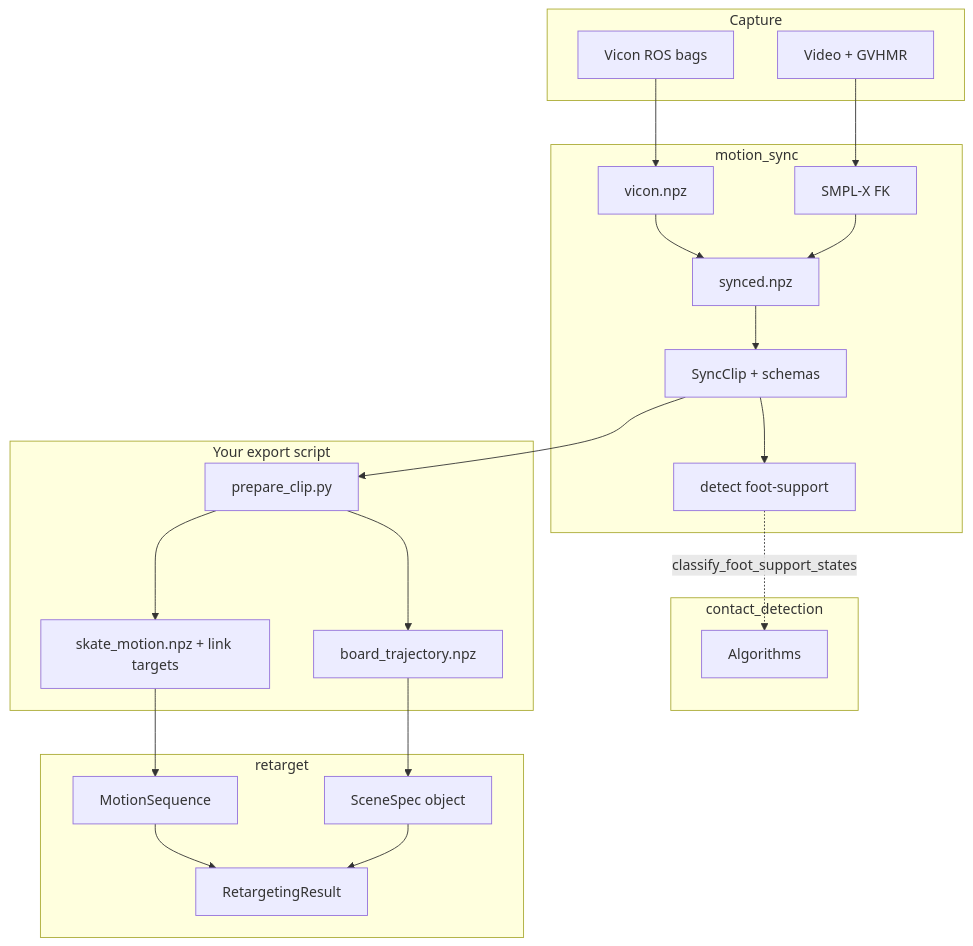
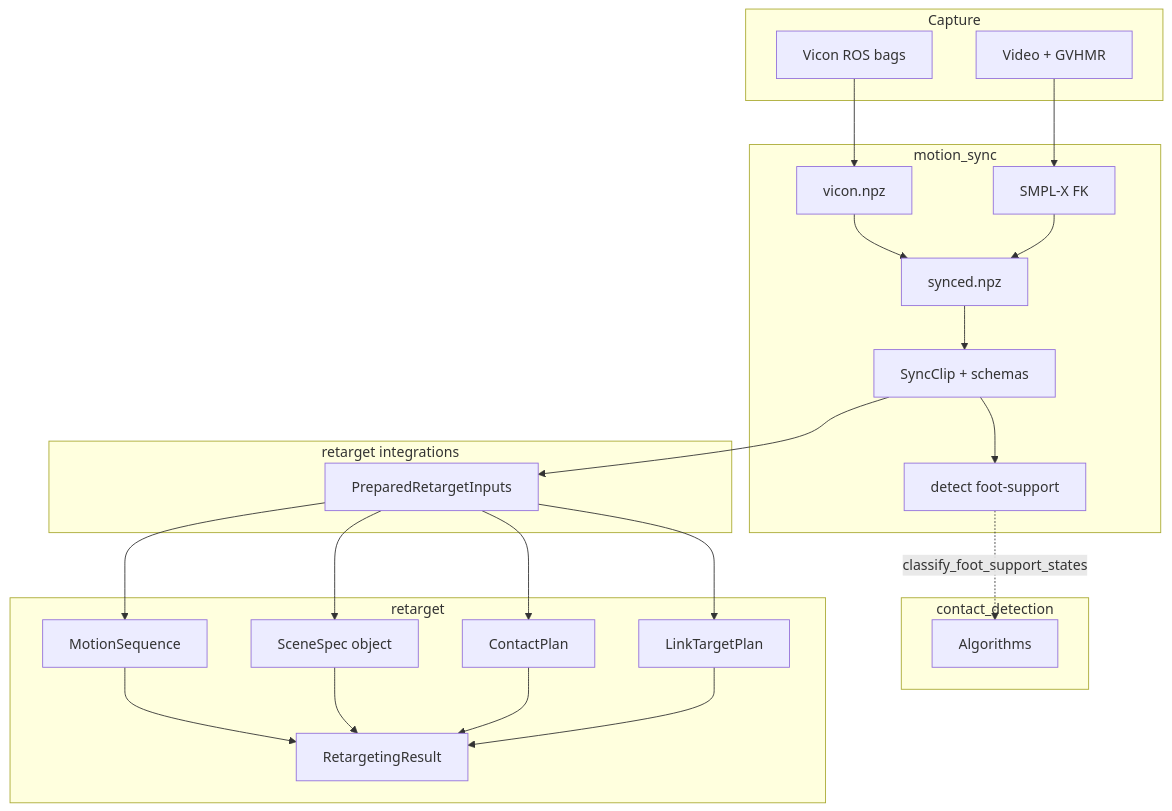
One commit to ryanrudes/retarget changed the diagram in docs/ecosystem/index.md. Above: the diagram before and after it, drawn with Mermaid. The commit also changed other lines of this file and 9 other files, not shown here.

````diff
--- a/docs/ecosystem/index.md
+++ b/docs/ecosystem/index.md
@@ -14,29 +14,31 @@
 ```mermaid
 flowchart TB
   subgraph capture [Capture]
     bags[Vicon ROS bags]
     video[Video + GVHMR]
   end
   subgraph ms [motion_sync]
     bags --> vicon[vicon.npz]
     video --> fkin[SMPL-X FK]
     vicon --> sync[synced.npz]
     fkin --> sync
     sync --> clip[SyncClip + schemas]
     clip --> detect[detect foot-support]
   end
   subgraph cd [contact_detection]
     detect -.->|classify_foot_support_states| algo[Algorithms]
   end
-  subgraph fuse [Your export script]
-    clip --> prepare_script[prepare_clip.py]
-    prepare_script --> skate_npz[skate_motion.npz + link targets]
-    prepare_script --> board_npz[board_trajectory.npz]
+  subgraph adapter [retarget integrations]
+    clip --> prepared[PreparedRetargetInputs]
   end
   subgraph rt [retarget]
-    skate_npz --> motion[MotionSequence]
-    board_npz --> scene[SceneSpec object]
+    prepared --> motion[MotionSequence]
+    prepared --> scene[SceneSpec object]
+    prepared --> contacts[ContactPlan]
+    prepared --> targets[LinkTargetPlan]
     motion --> result[RetargetingResult]
     scene --> result
+    contacts --> result
+    targets --> result
   end
 ```
````
